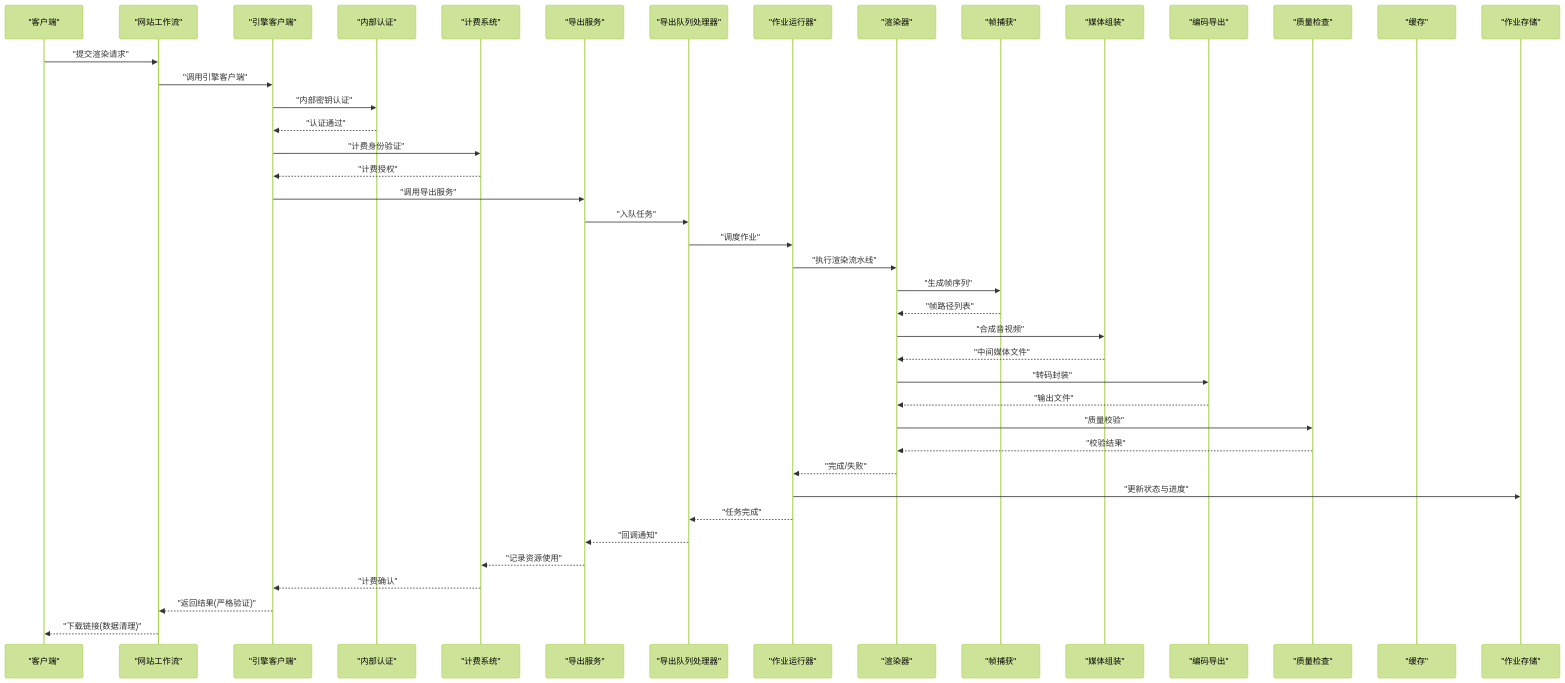
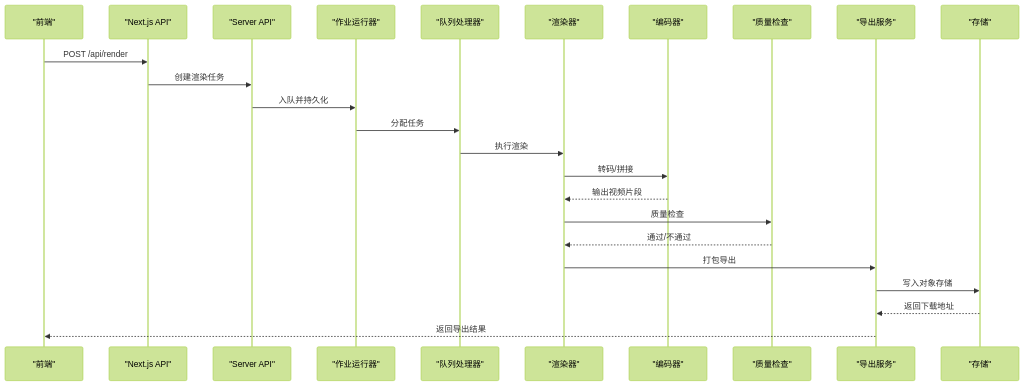
One commit to scottcwy/PurpleInk changed the second of 12 diagrams in .qoder/repowiki/zh/content/渲染引擎/渲染引擎.md. Above: the diagram before and after it, drawn with Mermaid (forest theme). The commit also changed other lines of this file and 872 other files, not shown here.

````diff
--- a/.qoder/repowiki/zh/content/渲染引擎/渲染引擎.md
+++ b/.qoder/repowiki/zh/content/渲染引擎/渲染引擎.md
@@ -183,44 +141,26 @@
 ```mermaid
 sequenceDiagram
-participant Client as "客户端"
-participant WebsiteWorkflow as "网站工作流"
-participant EngineClient as "引擎客户端"
-participant InternalAuth as "内部认证"
-participant Billing as "计费系统"
-participant ExportSvc as "导出服务"
-participant Queue as "导出队列处理器"
-participant Runner as "作业运行器"
-participant Renderer as "渲染器"
-participant Capture as "帧捕获"
-participant Assembly as "媒体组装"
-participant Encode as "编码导出"
+participant FE as "前端"
+participant API as "Next.js API"
+participant Srv as "Server API"
+participant JR as "作业运行器"
+participant Q as "队列处理器"
+participant R as "渲染器"
+participant E as "编码器"
 participant QA as "质量检查"
-participant Cache as "缓存"
-participant Store as "作业存储"
-Client->>WebsiteWorkflow : "提交渲染请求"
-WebsiteWorkflow->>EngineClient : "调用引擎客户端"
-EngineClient->>InternalAuth : "内部密钥认证"
-InternalAuth-->>EngineClient : "认证通过"
-EngineClient->>Billing : "计费身份验证"
-Billing-->>EngineClient : "计费授权"
-EngineClient->>ExportSvc : "调用导出服务"
-ExportSvc->>Queue : "入队任务"
-Queue->>Runner : "调度作业"
-Runner->>Renderer : "执行渲染流水线"
-Renderer->>Capture : "生成帧序列"
-Capture-->>Renderer : "帧路径列表"
-Renderer->>Assembly : "合成音视频"
-Assembly-->>Renderer : "中间媒体文件"
-Renderer->>Encode : "转码封装"
-Encode-->>Renderer : "输出文件"
-Renderer->>QA : "质量校验"
-QA-->>Renderer : "校验结果"
-Renderer-->>Runner : "完成/失败"
-Runner->>Store : "更新状态与进度"
-Runner-->>Queue : "任务完成"
-Queue-->>ExportSvc : "回调通知"
-ExportSvc-->>Billing : "记录资源使用"
-Billing-->>EngineClient : "计费确认"
-EngineClient-->>WebsiteWorkflow : "返回结果(严格验证)"
-WebsiteWorkflow-->>Client : "下载链接(数据清理)"
+participant X as "导出服务"
+participant ST as "存储"
+FE->>API : POST /api/render
+API->>Srv : 创建渲染任务
+Srv->>JR : 入队并持久化
+JR->>Q : 分配任务
+Q->>R : 执行渲染
+R->>E : 转码/拼接
+E-->>R : 输出视频片段
+R->>QA : 质量检查
+QA-->>R : 通过/不通过
+R->>X : 打包导出
+X->>ST : 写入对象存储
+ST-->>X : 返回下载地址
+X-->>FE : 返回导出结果
 ```
````
